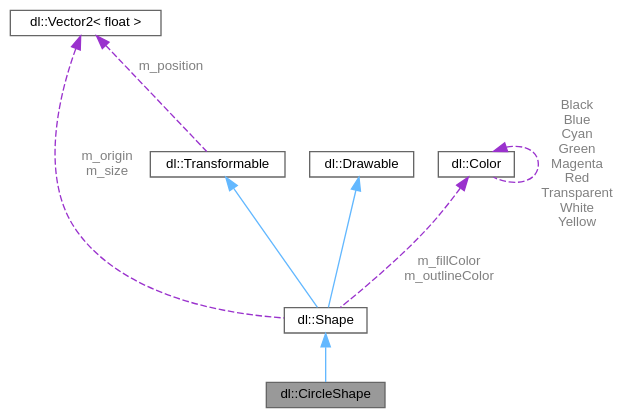
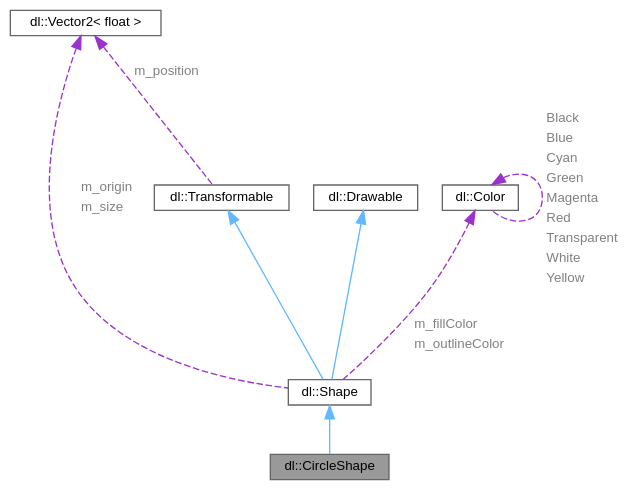
The diagram in docs/classdl_1_1CircleShape__coll__graph.dot (Dogbonee/Dualie), drawn with Graphviz before and after one commit. The commit also changed 171 other files, not shown here.

```diff
--- a/docs/classdl_1_1CircleShape__coll__graph.dot
+++ b/docs/classdl_1_1CircleShape__coll__graph.dot
@@ -1,20 +1,34 @@
 digraph "dl::CircleShape"
 {
  // LATEX_PDF_SIZE
   bgcolor="transparent";
   edge [fontname=Helvetica,fontsize=10,labelfontname=Helvetica,labelfontsize=10];
   node [fontname=Helvetica,fontsize=10,shape=box,height=0.2,width=0.4];
   Node1 [id="Node000001",label="dl::CircleShape",height=0.2,width=0.4,color="gray40", fillcolor="grey60", style="filled", fontcolor="black",tooltip="A circle shape."];
   Node2 -> Node1 [id="edge1_Node000001_Node000002",dir="back",color="steelblue1",style="solid",tooltip=" "];
   Node2 [id="Node000002",label="dl::Shape",height=0.2,width=0.4,color="gray40", fillcolor="white", style="filled",URL="$classdl_1_1Shape.html",tooltip="The base class for any shape."];
   Node3 -> Node2 [id="edge2_Node000002_Node000003",dir="back",color="steelblue1",style="solid",tooltip=" "];
   Node3 [id="Node000003",label="dl::Transformable",height=0.2,width=0.4,color="gray40", fillcolor="white", style="filled",URL="$classdl_1_1Transformable.html",tooltip="A base class for anything that has a position on the screen."];
-  Node4 -> Node3 [id="edge3_Node000003_Node000004",dir="back",color="darkorchid3",style="dashed",tooltip=" ",label=" m_position",fontcolor="grey" ];
+  Node4 -> Node3 [id="edge3_Node000003_Node000004",dir="back",color="darkorchid3",style="dashed",tooltip=" ",label=<<TABLE CELLBORDER="0" BORDER="0"><TR><TD VALIGN="top" ALIGN="LEFT" CELLPADDING="1" CELLSPACING="0">m_position</TD></TR>
+</TABLE>> ,fontcolor="grey" ];
   Node4 [id="Node000004",label="dl::Vector2\< float \>",height=0.2,width=0.4,color="gray40", fillcolor="white", style="filled",URL="$classdl_1_1Vector2.html",tooltip=" "];
   Node5 -> Node2 [id="edge4_Node000002_Node000005",dir="back",color="steelblue1",style="solid",tooltip=" "];
   Node5 [id="Node000005",label="dl::Drawable",height=0.2,width=0.4,color="gray40", fillcolor="white", style="filled",URL="$classdl_1_1Drawable.html",tooltip="The base class for any object that can be drawn to the screen."];
-  Node6 -> Node2 [id="edge5_Node000002_Node000006",dir="back",color="darkorchid3",style="dashed",tooltip=" ",label=" m_fillColor\nm_outlineColor",fontcolor="grey" ];
+  Node6 -> Node2 [id="edge5_Node000002_Node000006",dir="back",color="darkorchid3",style="dashed",tooltip=" ",label=<<TABLE CELLBORDER="0" BORDER="0"><TR><TD VALIGN="top" ALIGN="LEFT" CELLPADDING="1" CELLSPACING="0">m_fillColor</TD></TR>
+<TR><TD VALIGN="top" ALIGN="LEFT" CELLPADDING="1" CELLSPACING="0">m_outlineColor</TD></TR>
+</TABLE>> ,fontcolor="grey" ];
   Node6 [id="Node000006",label="dl::Color",height=0.2,width=0.4,color="gray40", fillcolor="white", style="filled",URL="$classdl_1_1Color.html",tooltip="A class used to describe a RGBA color."];
-  Node6 -> Node6 [id="edge6_Node000006_Node000006",dir="back",color="darkorchid3",style="dashed",tooltip=" ",label=" Black\nBlue\nCyan\nGreen\nMagenta\nRed\nTransparent\nWhite\nYellow",fontcolor="grey" ];
-  Node4 -> Node2 [id="edge7_Node000002_Node000004",dir="back",color="darkorchid3",style="dashed",tooltip=" ",label=" m_origin\nm_size",fontcolor="grey" ];
+  Node6 -> Node6 [id="edge6_Node000006_Node000006",dir="back",color="darkorchid3",style="dashed",tooltip=" ",label=<<TABLE CELLBORDER="0" BORDER="0"><TR><TD VALIGN="top" ALIGN="LEFT" CELLPADDING="1" CELLSPACING="0">Black</TD></TR>
+<TR><TD VALIGN="top" ALIGN="LEFT" CELLPADDING="1" CELLSPACING="0">Blue</TD></TR>
+<TR><TD VALIGN="top" ALIGN="LEFT" CELLPADDING="1" CELLSPACING="0">Cyan</TD></TR>
+<TR><TD VALIGN="top" ALIGN="LEFT" CELLPADDING="1" CELLSPACING="0">Green</TD></TR>
+<TR><TD VALIGN="top" ALIGN="LEFT" CELLPADDING="1" CELLSPACING="0">Magenta</TD></TR>
+<TR><TD VALIGN="top" ALIGN="LEFT" CELLPADDING="1" CELLSPACING="0">Red</TD></TR>
+<TR><TD VALIGN="top" ALIGN="LEFT" CELLPADDING="1" CELLSPACING="0">Transparent</TD></TR>
+<TR><TD VALIGN="top" ALIGN="LEFT" CELLPADDING="1" CELLSPACING="0">White</TD></TR>
+<TR><TD VALIGN="top" ALIGN="LEFT" CELLPADDING="1" CELLSPACING="0">Yellow</TD></TR>
+</TABLE>> ,fontcolor="grey" ];
+  Node4 -> Node2 [id="edge7_Node000002_Node000004",dir="back",color="darkorchid3",style="dashed",tooltip=" ",label=<<TABLE CELLBORDER="0" BORDER="0"><TR><TD VALIGN="top" ALIGN="LEFT" CELLPADDING="1" CELLSPACING="0">m_origin</TD></TR>
+<TR><TD VALIGN="top" ALIGN="LEFT" CELLPADDING="1" CELLSPACING="0">m_size</TD></TR>
+</TABLE>> ,fontcolor="grey" ];
 }
```
